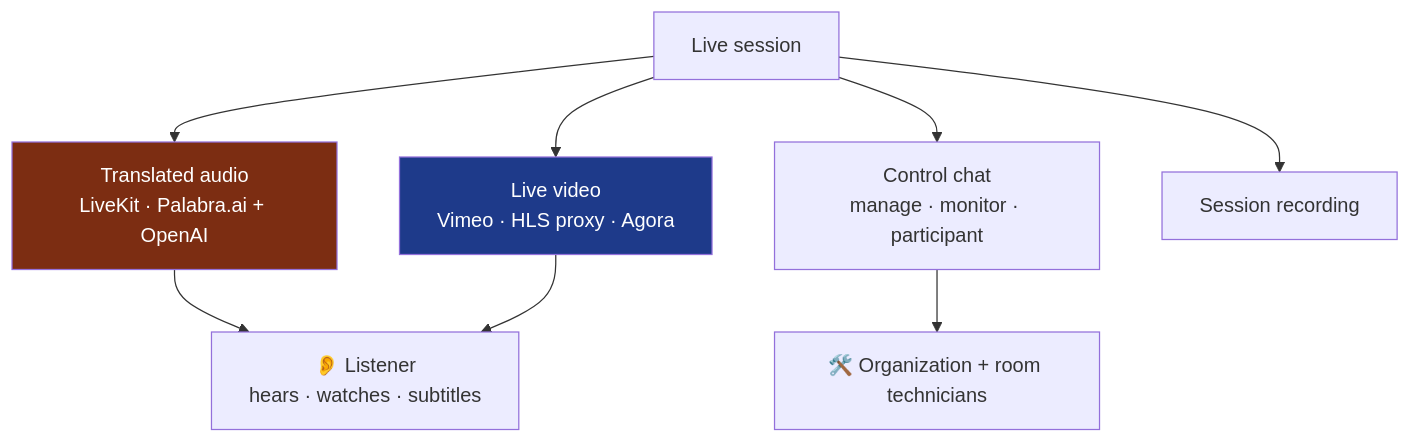
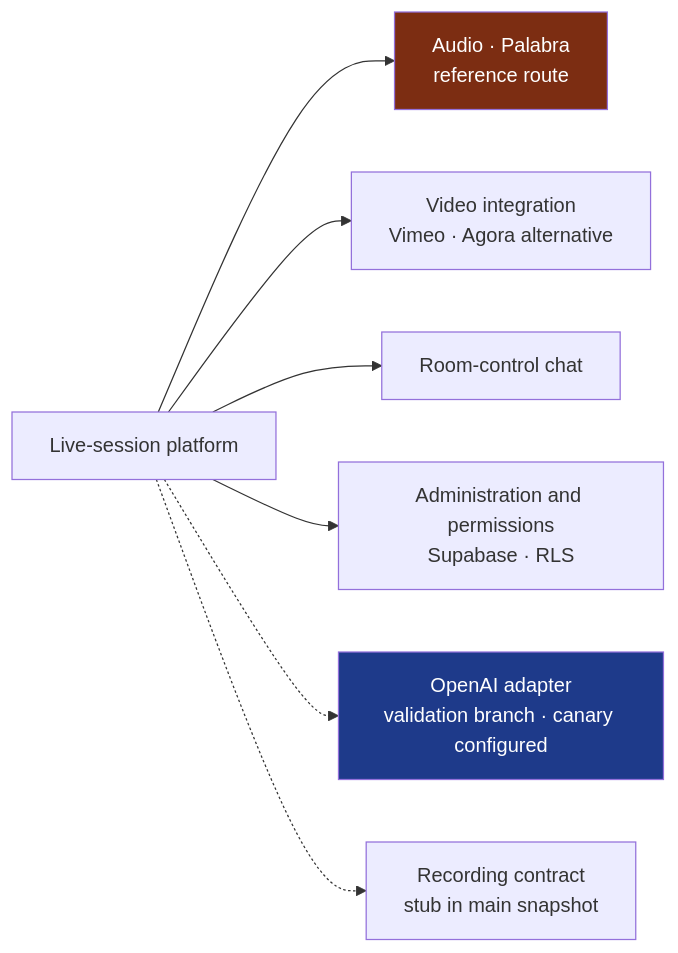
The second of 2 diagrams in projects/audionow.md (aleglope/production-systems-case-studies), drawn with Mermaid before and after one commit. The commit also changed other lines of this file and 25 other files, not shown here.

````diff
--- a/projects/audionow.md
+++ b/projects/audionow.md
@@ -50,13 +53,12 @@
 ```mermaid
-flowchart TB
-    EV["Live session"] --> AUD["Translated audio<br/>LiveKit · Palabra.ai + OpenAI"]
-    EV --> VID["Live video<br/>Vimeo · HLS proxy · Agora"]
-    EV --> CHAT["Control chat<br/>manage · monitor · participant"]
-    EV --> REC["Session recording"]
-    AUD --> LIST["👂 Listener<br/>hears · watches · subtitles"]
-    VID --> LIST
-    CHAT --> ORG["🛠️ Organization + room technicians"]
+flowchart LR
+    EV["Live-session platform"] --> AUD["Audio · Palabra<br/>reference route"]
+    EV --> VID["Video integration<br/>Vimeo · Agora alternative"]
+    EV --> CHAT["Room-control chat"]
+    EV --> PERM["Administration and permissions<br/>Supabase · RLS"]
+    EV -.-> OAI["OpenAI adapter<br/>validation branch · canary configured"]
+    EV -.-> REC["Recording contract<br/>stub in main snapshot"]
 
     style AUD fill:#7c2d12,color:#fff
-    style VID fill:#1e3a8a,color:#fff
+    style OAI fill:#1e3a8a,color:#fff
 ```
````
